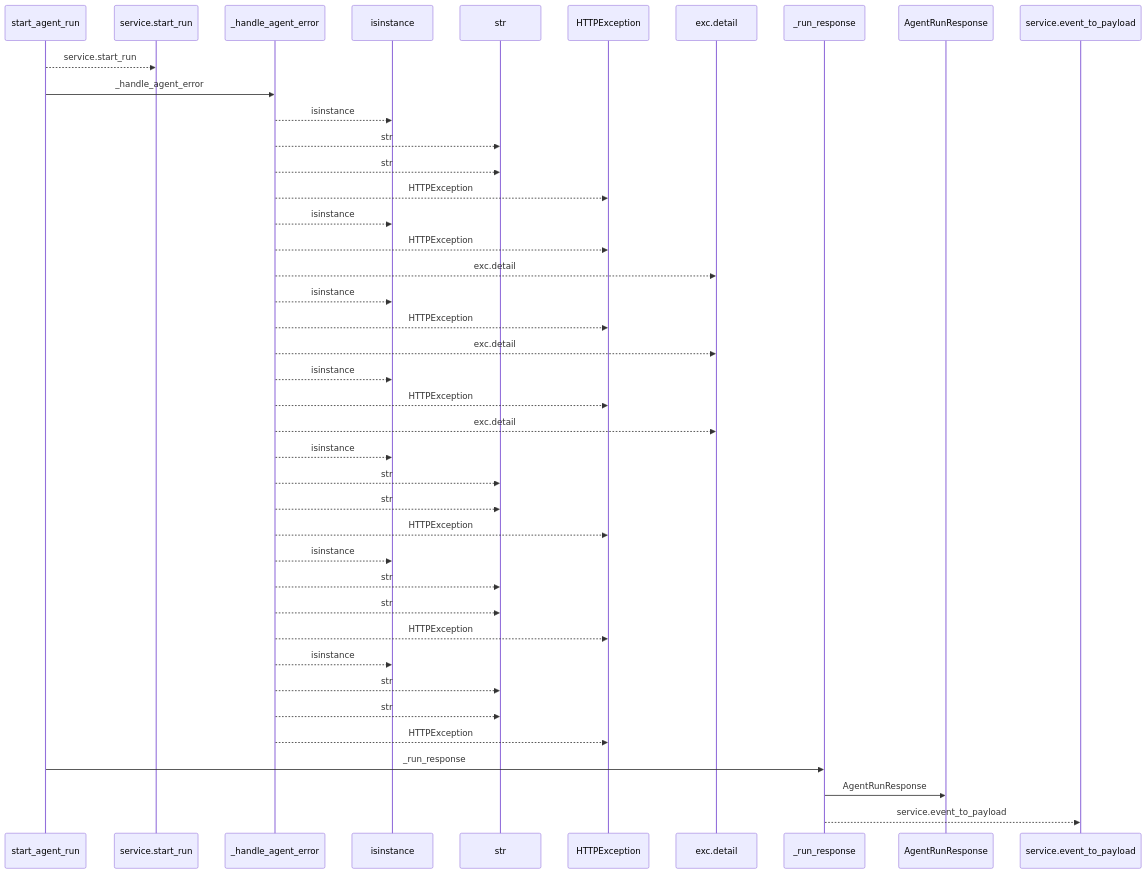
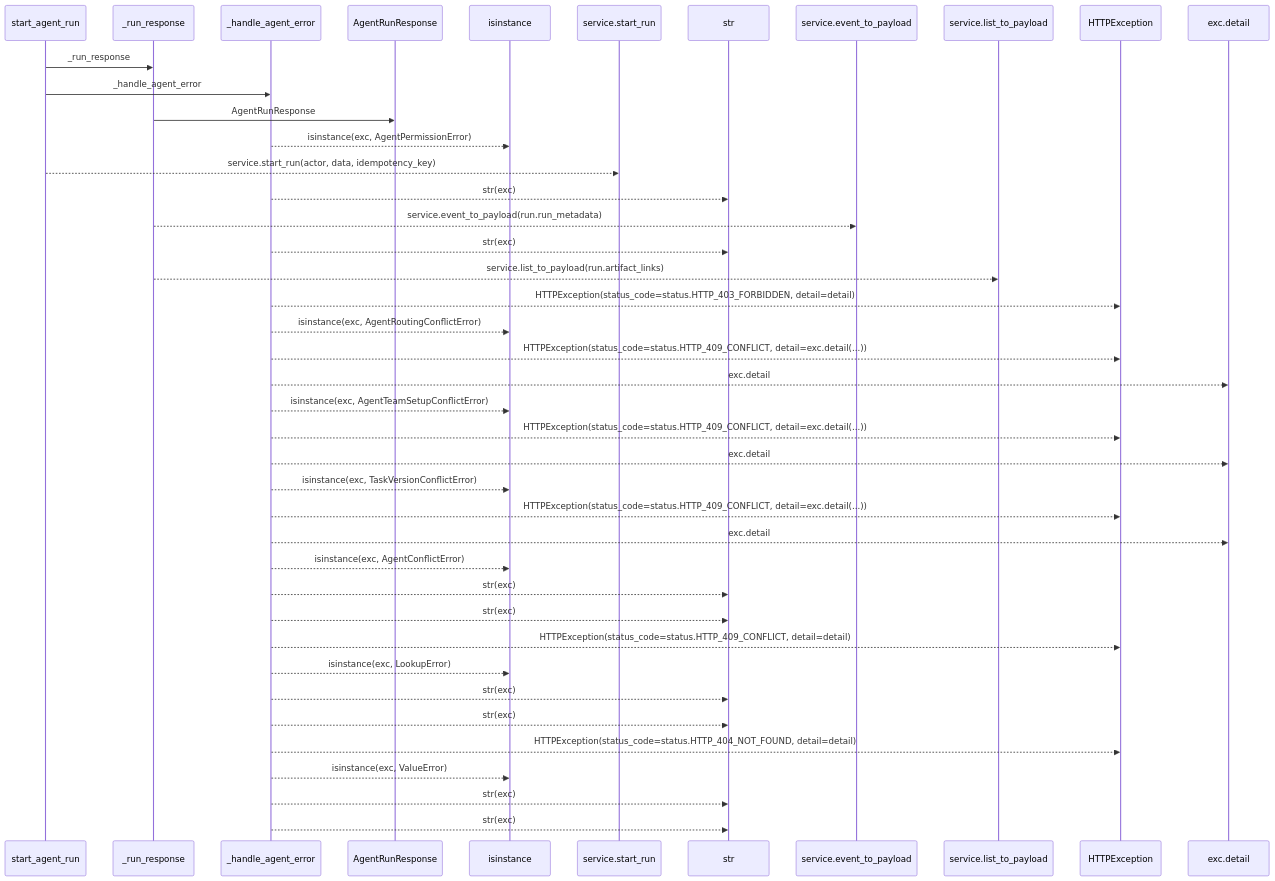
Before and after one commit to Denissvgn/WorkChord: the first of 2 diagrams in docs/llm_wiki/flows/http-start_agent_run.md, drawn with Mermaid. The commit also changed other lines of this file and 25171 other files, not shown here.

````diff
--- a/docs/llm_wiki/flows/http-start_agent_run.md
+++ b/docs/llm_wiki/flows/http-start_agent_run.md
@@ -10,43 +12,44 @@
 ```mermaid
 sequenceDiagram
     participant p0 as start_agent_run
-    participant p1 as service.start_run
+    participant p1 as _run_response
     participant p2 as _handle_agent_error
-    participant p3 as isinstance
-    participant p4 as str
-    participant p5 as HTTPException
-    participant p6 as exc.detail
-    participant p7 as _run_response
-    participant p8 as AgentRunResponse
-    participant p9 as service.event_to_payload
-    p0-->>p1: service.start_run
+    participant p3 as AgentRunResponse
+    participant p4 as isinstance
+    participant p5 as service.start_run
+    participant p6 as str
+    participant p7 as service.event_to_payload
+    participant p8 as service.list_to_payload
+    participant p9 as HTTPException
+    participant p10 as exc.detail
+    p0->>p1: _run_response
     p0->>p2: _handle_agent_error
-    p2-->>p3: isinstance
-    p2-->>p4: str
-    p2-->>p4: str
-    p2-->>p5: HTTPException
-    p2-->>p3: isinstance
-    p2-->>p5: HTTPException
-    p2-->>p6: exc.detail
-    p2-->>p3: isinstance
-    p2-->>p5: HTTPException
-    p2-->>p6: exc.detail
-    p2-->>p3: isinstance
-    p2-->>p5: HTTPException
-    p2-->>p6: exc.detail
-    p2-->>p3: isinstance
-    p2-->>p4: str
-    p2-->>p4: str
-    p2-->>p5: HTTPException
-    p2-->>p3: isinstance
-    p2-->>p4: str
-    p2-->>p4: str
-    p2-->>p5: HTTPException
-    p2-->>p3: isinstance
-    p2-->>p4: str
-    p2-->>p4: str
-    p2-->>p5: HTTPException
-    p0->>p7: _run_response
-    p7->>p8: AgentRunResponse
-    p7-->>p9: service.event_to_payload
+    p1->>p3: AgentRunResponse
+    p2-->>p4: isinstance(exc, AgentPermissionError)
+    p0-->>p5: service.start_run(actor, data, idempotency_key)
+    p2-->>p6: str(exc)
+    p1-->>p7: service.event_to_payload(run.run_metadata)
+    p2-->>p6: str(exc)
+    p1-->>p8: service.list_to_payload(run.artifact_links)
+    p2-->>p9: HTTPException(status_code=status.HTTP_403_FORBIDDEN, detail=detail)
+    p2-->>p4: isinstance(exc, AgentRoutingConflictError)
+    p2-->>p9: HTTPException(status_code=status.HTTP_409_CONFLICT, detail=exc.detail(...))
+    p2-->>p10: exc.detail
+    p2-->>p4: isinstance(exc, AgentTeamSetupConflictError)
+    p2-->>p9: HTTPException(status_code=status.HTTP_409_CONFLICT, detail=exc.detail(...))
+    p2-->>p10: exc.detail
+    p2-->>p4: isinstance(exc, TaskVersionConflictError)
+    p2-->>p9: HTTPException(status_code=status.HTTP_409_CONFLICT, detail=exc.detail(...))
+    p2-->>p10: exc.detail
+    p2-->>p4: isinstance(exc, AgentConflictError)
+    p2-->>p6: str(exc)
+    p2-->>p6: str(exc)
+    p2-->>p9: HTTPException(status_code=status.HTTP_409_CONFLICT, detail=detail)
+    p2-->>p4: isinstance(exc, LookupError)
+    p2-->>p6: str(exc)
+    p2-->>p6: str(exc)
+    p2-->>p9: HTTPException(status_code=status.HTTP_404_NOT_FOUND, detail=detail)
+    p2-->>p4: isinstance(exc, ValueError)
+    p2-->>p6: str(exc)
+    p2-->>p6: str(exc)
 ```
````
